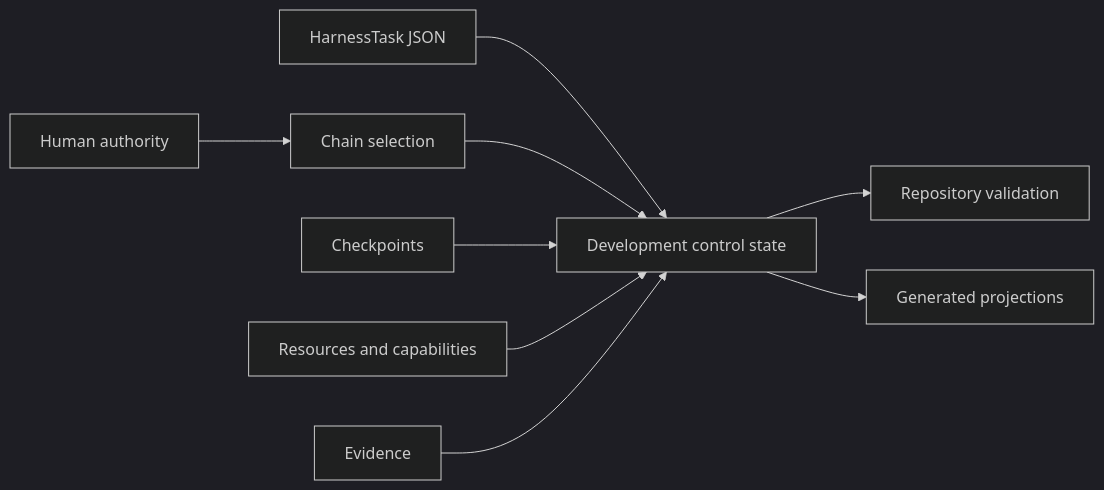
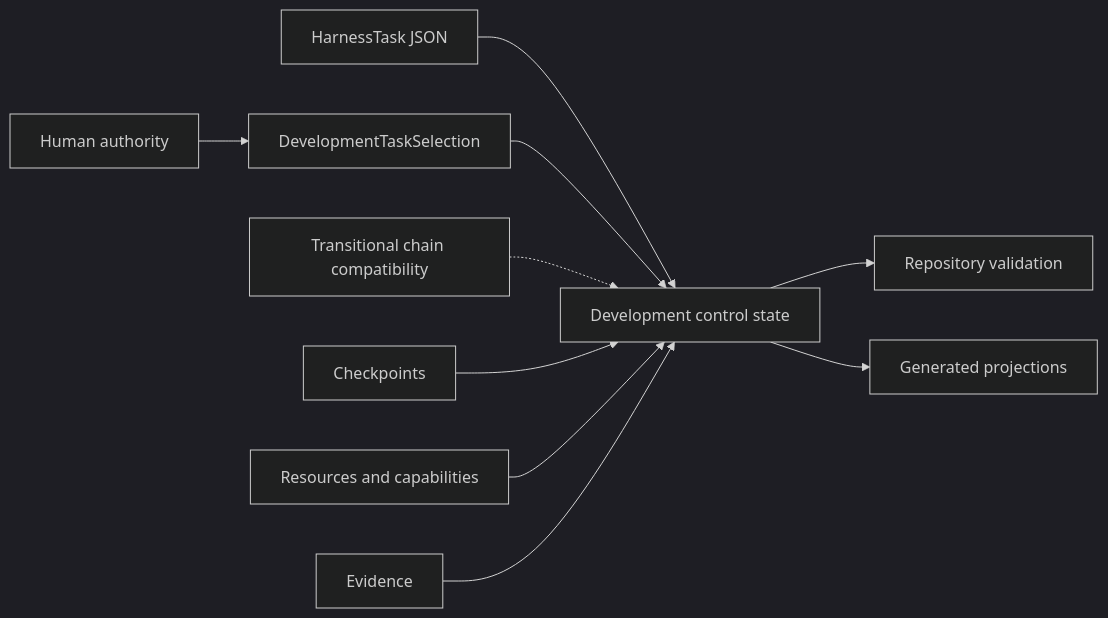
The first of 2 diagrams in docs/architecture/v1/ksdft2effmass/harness/pi/index.md (eragasa/ksdft2effmass), drawn with Mermaid (dark theme) before and after one commit. The commit also changed other lines of this file and 123 other files, not shown here.

First line of the commit message:
Establish canonical v2 migration task graph

````diff
--- a/docs/architecture/v1/ksdft2effmass/harness/pi/index.md
+++ b/docs/architecture/v1/ksdft2effmass/harness/pi/index.md
@@ -7,11 +7,12 @@
 ```mermaid
 flowchart LR
-    human["Human authority"] --> chain["Chain selection"]
+    human["Human authority"] --> selection["DevelopmentTaskSelection"]
     tasks["HarnessTask JSON"] --> state["Development control state"]
-    chain --> state
+    selection --> state
+    chain["Transitional chain compatibility"] -.-> state
     checkpoints["Checkpoints"] --> state
     resources["Resources and capabilities"] --> state
     evidence["Evidence"] --> state
     state --> validation["Repository validation"]
     state --> projections["Generated projections"]
 ```
````
